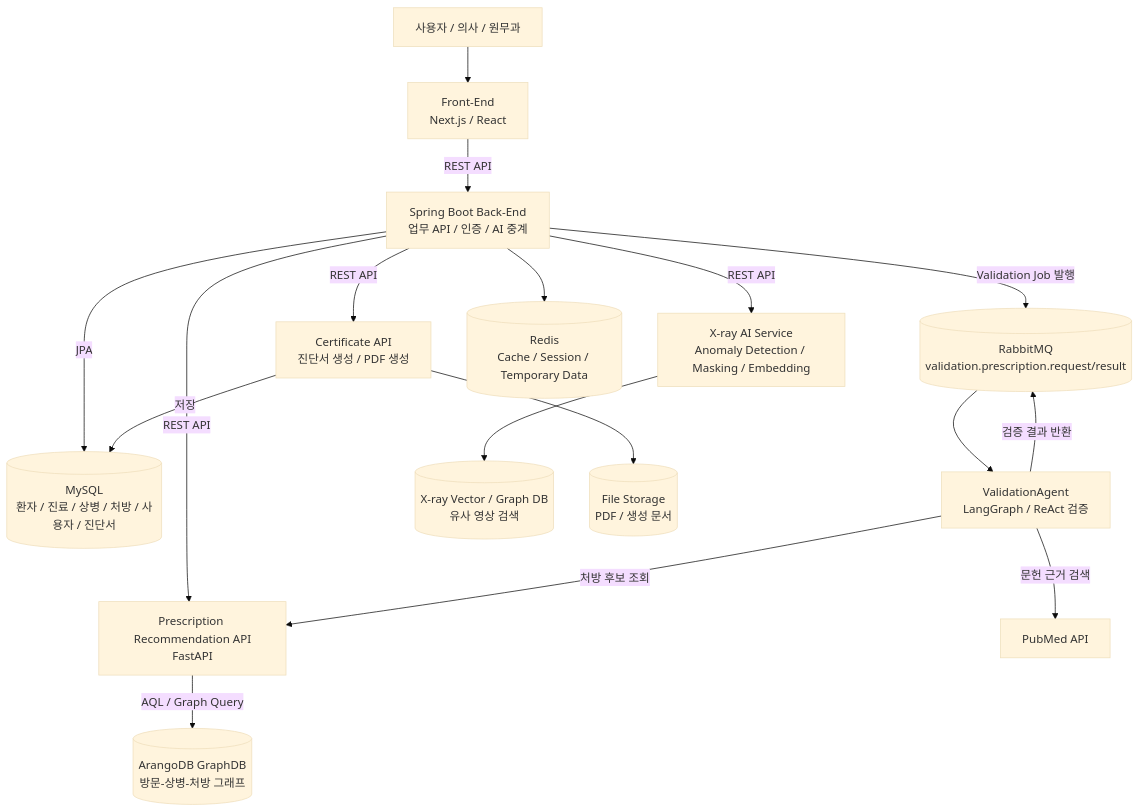
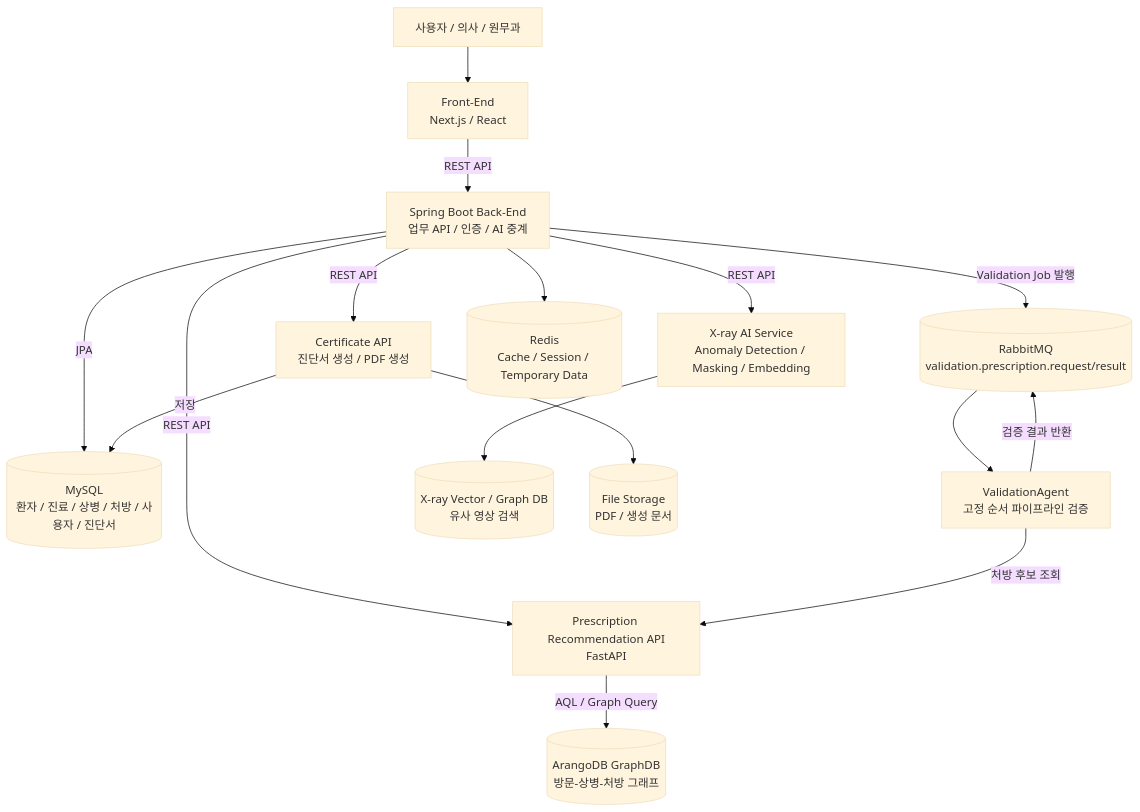
The diagram in Docs/Capston-Design-Report.md (kjbddo/bitcomputer-emr), drawn with Mermaid (base theme) before and after one commit. The commit also changed other lines of this file and 7 other files, not shown here.

````diff
--- a/Docs/Capston-Design-Report.md
+++ b/Docs/Capston-Design-Report.md
@@ -13,25 +13,24 @@
 ```mermaid
 flowchart TB
   User[사용자 / 의사 / 원무과] --> FE[Front-End<br/>Next.js / React]
 
   FE -->|REST API| BE[Spring Boot Back-End<br/>업무 API / 인증 / AI 중계]
 
   BE -->|JPA| MYSQL[(MySQL<br/>환자 / 진료 / 상병 / 처방 / 사용자 / 진단서)]
   BE -->|REST API| RX[Prescription Recommendation API<br/>FastAPI]
   RX -->|AQL / Graph Query| ARANGO[(ArangoDB GraphDB<br/>방문-상병-처방 그래프)]
 
   BE -->|Validation Job 발행| MQ[(RabbitMQ<br/>validation.prescription.request/result)]
-  MQ --> VA[ValidationAgent<br/>LangGraph / ReAct 검증]
+  MQ --> VA[ValidationAgent<br/>고정 순서 파이프라인 검증]
   VA -->|처방 후보 조회| RX
-  VA -->|문헌 근거 검색| PUBMED[PubMed API]
   VA -->|검증 결과 반환| MQ
 
   BE -->|REST API| XRAY[X-ray AI Service<br/>Anomaly Detection / Masking / Embedding]
   XRAY --> XDB[(X-ray Vector / Graph DB<br/>유사 영상 검색)]
 
   BE -->|REST API| CERT[Certificate API<br/>진단서 생성 / PDF 생성]
   CERT -->|저장| MYSQL
   CERT --> FILE[(File Storage<br/>PDF / 생성 문서)]
 
   BE --> REDIS[(Redis<br/>Cache / Session / Temporary Data)]
 ```
````
